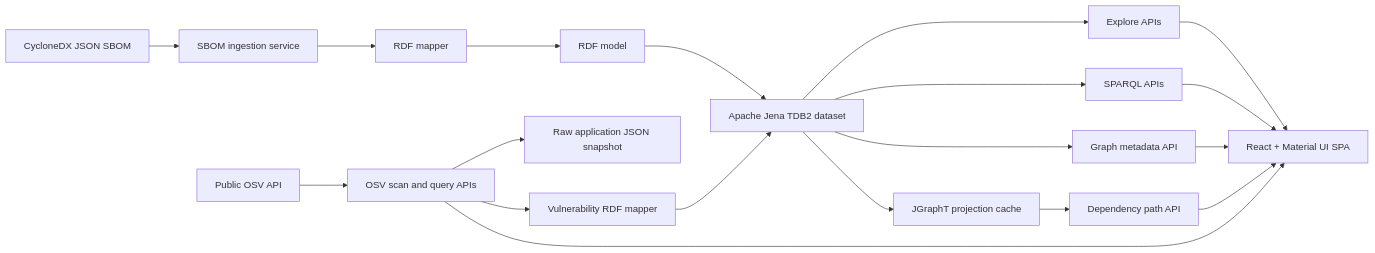
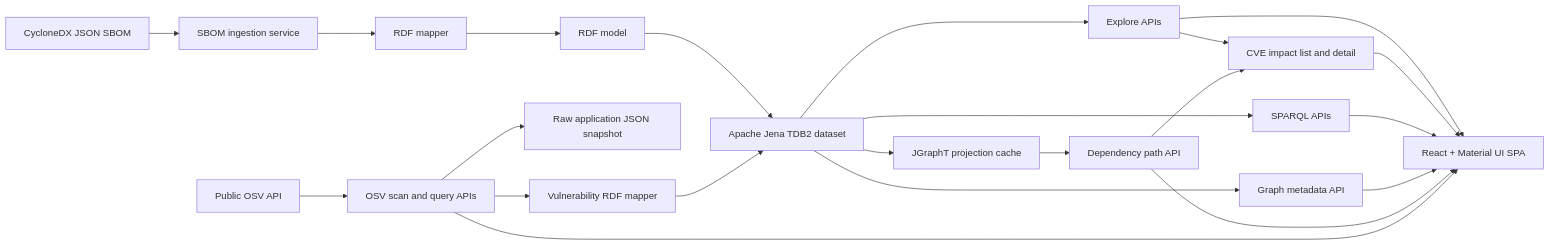
One commit to pkjPathania/dependency-risk-graph changed the diagram in README.md. Above: the diagram before and after it, drawn with Mermaid. The commit also changed other lines of this file and 14 other files, not shown here.

````diff
--- a/README.md
+++ b/README.md
@@ -29,21 +51,24 @@
 ```mermaid
 flowchart LR
     SBOM[CycloneDX JSON SBOM] --> Ingest[SBOM ingestion service]
     Ingest --> Mapper[RDF mapper]
     Mapper --> RDF[RDF model]
     RDF --> Jena[Apache Jena TDB2 dataset]
     Jena --> Explore[Explore APIs]
+    Explore --> Impact[CVE impact list and detail]
     Jena --> Sparql[SPARQL APIs]
     Jena --> Metadata[Graph metadata API]
     Jena --> Index[JGraphT projection cache]
     Index --> Path[Dependency path API]
+    Path --> Impact
     Explore --> UI[React + Material UI SPA]
+    Impact --> UI
     Sparql --> UI
     Metadata --> UI
     Path --> UI
     OSV[Public OSV API] --> Osv[OSV scan and query APIs]
     Osv --> Snapshot[Raw application JSON snapshot]
     Osv --> VulnMap[Vulnerability RDF mapper]
     VulnMap --> Jena
     Osv --> UI
 ```
````
